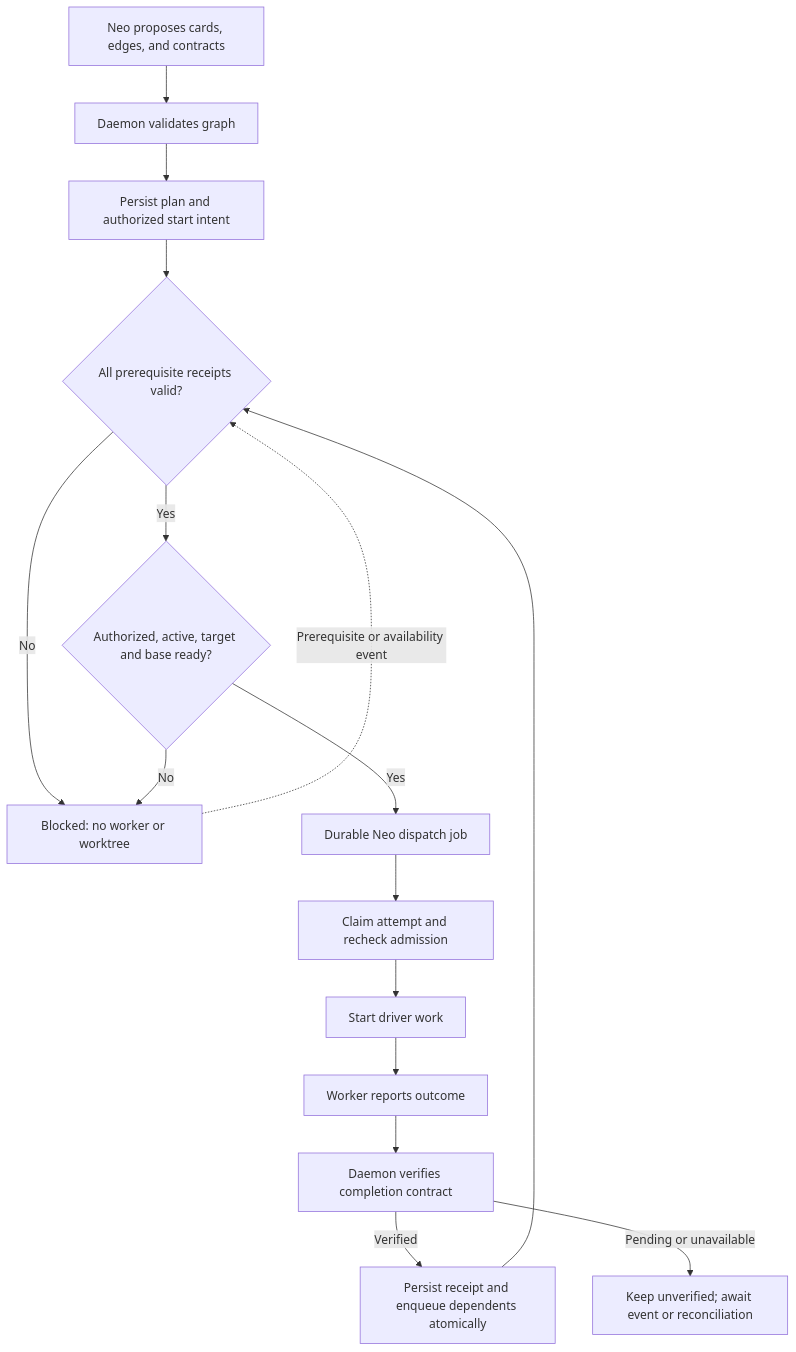
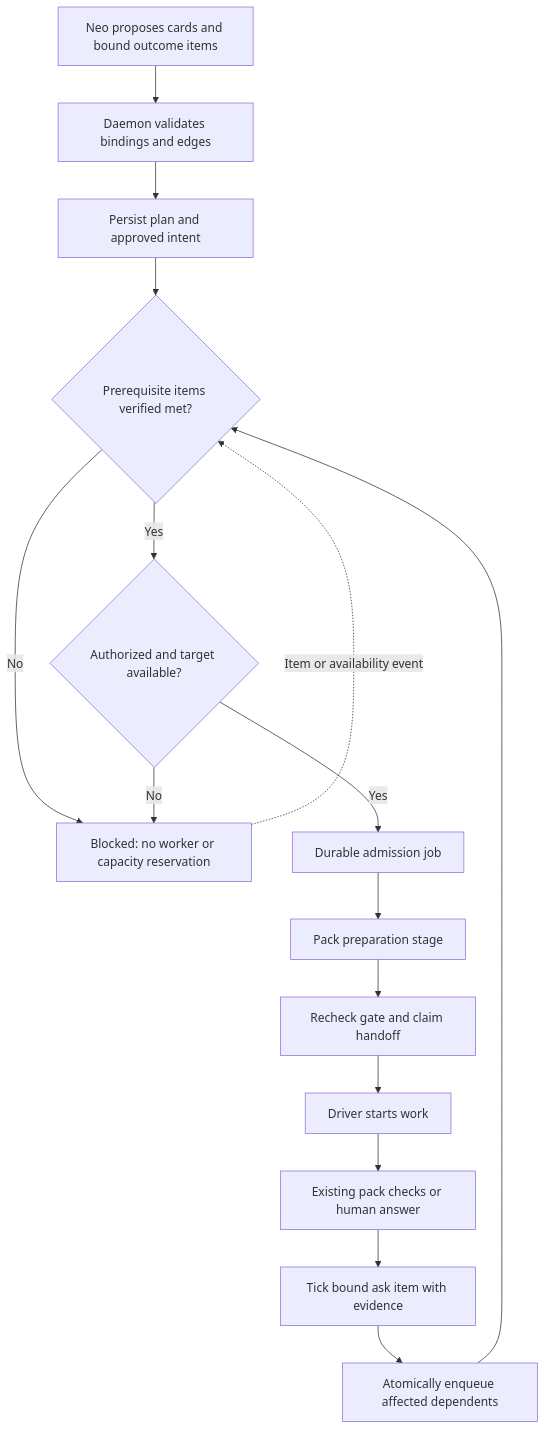
The first of 2 diagrams in docs/design/neo-work-dependencies.md (lsm/HyperNeo), drawn with Mermaid before and after one commit. The commit also changed other lines of this file, not shown here.

Commit message:
docs: align work dependencies with ask items and packs

````diff
--- a/docs/design/neo-work-dependencies.md
+++ b/docs/design/neo-work-dependencies.md
@@ -109,18 +105,18 @@
 ```mermaid
 flowchart TD
-    P[Neo proposes cards, edges, and contracts] --> V[Daemon validates graph]
-    V --> S[Persist plan and authorized start intent]
-    S --> G{All prerequisite receipts valid?}
-    G -->|No| B[Blocked: no worker or worktree]
-    G -->|Yes| A{Authorized, active, target and base ready?}
+    P[Neo proposes cards and bound outcome items] --> V[Daemon validates bindings and edges]
+    V --> S[Persist plan and approved intent]
+    S --> G{Prerequisite items verified met?}
+    G -->|No| B[Blocked: no worker or capacity reservation]
+    G -->|Yes| A{Authorized and target available?}
     A -->|No| B
-    A -->|Yes| J[Durable Neo dispatch job]
-    J --> D[Claim attempt and recheck admission]
-    D --> W[Start driver work]
-    W --> R[Worker reports outcome]
-    R --> E[Daemon verifies completion contract]
-    E -->|Verified| C[Persist receipt and enqueue dependents atomically]
-    E -->|Pending or unavailable| U[Keep unverified; await event or reconciliation]
-    C --> G
-    B -. Prerequisite or availability event .-> G
+    A -->|Yes| J[Durable admission job]
+    J --> K[Pack preparation stage]
+    K --> D[Recheck gate and claim handoff]
+    D --> W[Driver starts work]
+    W --> E[Existing pack checks or human answer]
+    E --> M[Tick bound ask item with evidence]
+    M --> Q[Atomically enqueue affected dependents]
+    Q --> G
+    B -. Item or availability event .-> G
 ```
````
